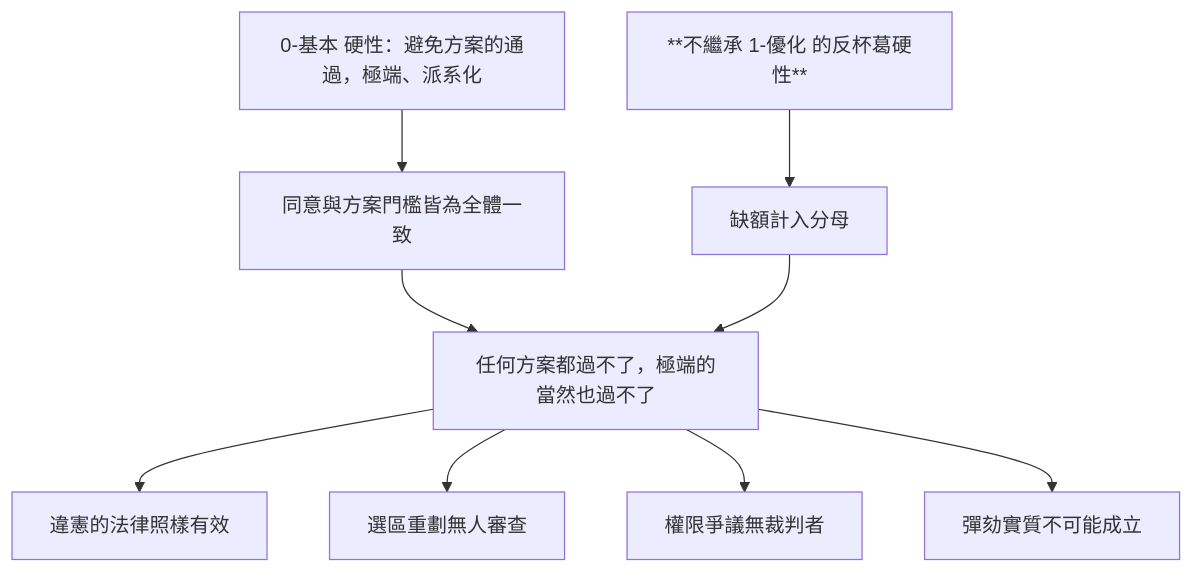
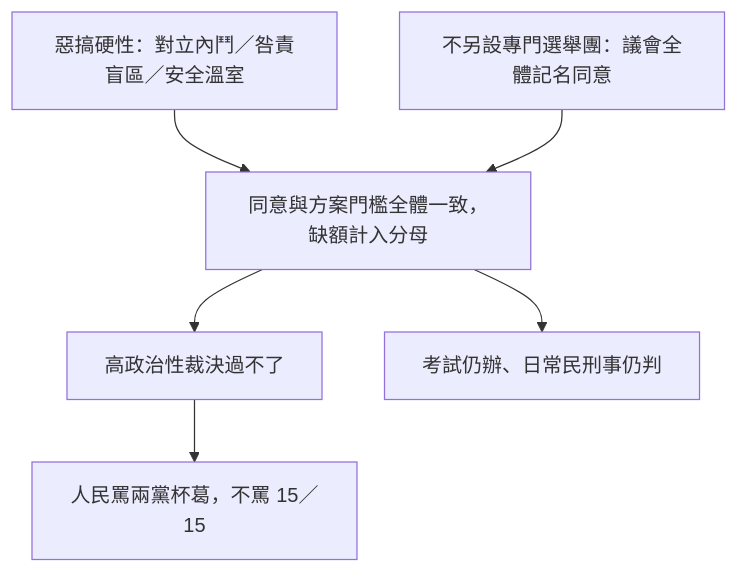
The third of 9 diagrams in topics/regime-designs/designs/台灣/一院總統制-惡搞/憲政架構圖.md (IRonROOT578/Political-Economy-Research-Public), drawn with Mermaid before and after one commit. The commit also changed other lines of this file and 128 other files, not shown here.

````diff
--- a/topics/regime-designs/designs/台灣/一院總統制-惡搞/憲政架構圖.md
+++ b/topics/regime-designs/designs/台灣/一院總統制-惡搞/憲政架構圖.md
@@ -32,11 +32,8 @@
 ```mermaid
 flowchart TD
-  Req[0-基本 硬性：避免方案的通過，極端、派系化] --> Rule[同意與方案門檻皆為全體一致]
-  Rule --> Nothing[任何方案都過不了，極端的當然也過不了]
-  Vacancy[缺額計入分母] --> Nothing
-  NoAnti[**不繼承 1-優化 的反杯葛硬性**] --> Vacancy
-  Nothing --> C1[違憲的法律照樣有效]
-  Nothing --> C2[選區重劃無人審查]
-  Nothing --> C3[權限爭議無裁判者]
-  Nothing --> C4[彈劾實質不可能成立]
+  Req[惡搞硬性：對立內鬥／咎責盲區／安全溫室] --> Rule[同意與方案門檻全體一致，缺額計入分母]
+  Rule --> High[高政治性裁決過不了]
+  Rule --> Safe[考試仍辦、日常民刑事仍判]
+  NoCollege[不另設專門選舉團：議會全體記名同意] --> Rule
+  High --> Blame[人民罵兩黨杯葛，不罵 15／15]
 ```
````
